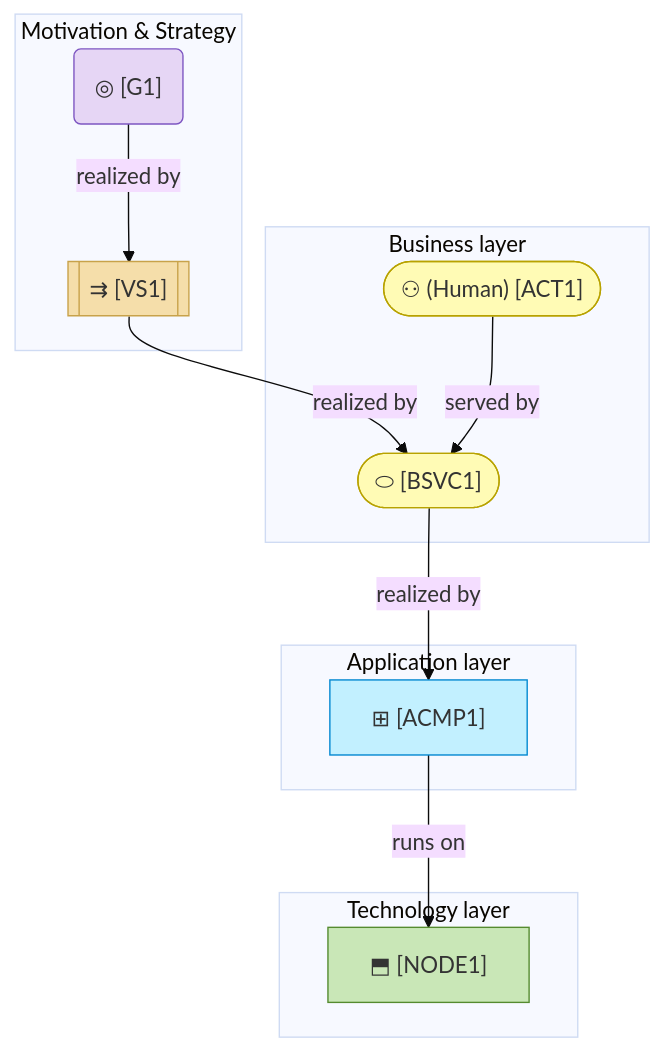
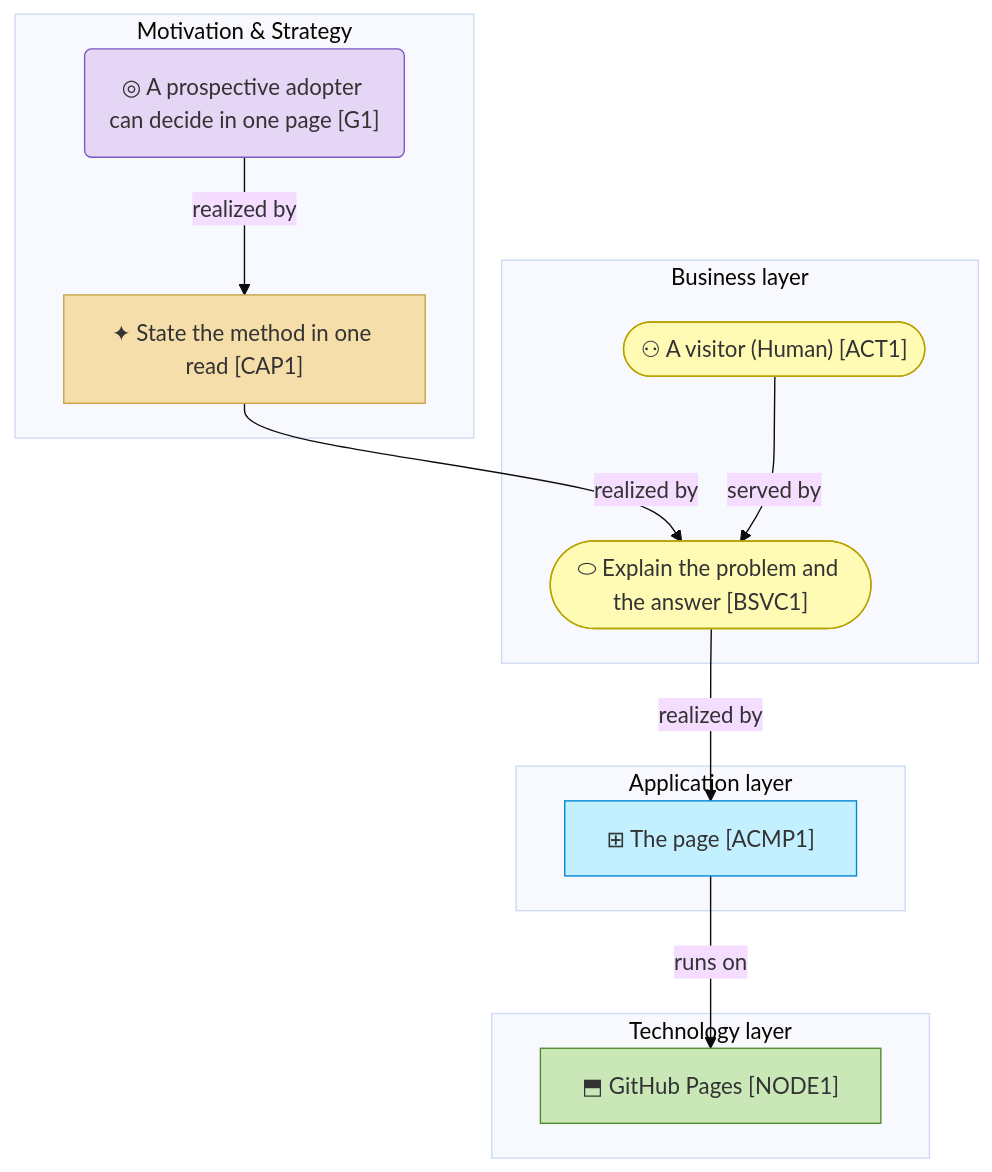
One commit to roanboc/architecture-archreator changed the diagram in product-archreator/site/architecture/README.md. Above: the diagram before and after it, drawn with Mermaid (base theme). The commit also changed other lines of this file and 27 other files, not shown here.

````diff
--- a/product-archreator/site/architecture/README.md
+++ b/product-archreator/site/architecture/README.md
@@ -244,32 +236,32 @@
 ```mermaid
 flowchart TB
   subgraph MOT["Motivation & Strategy"]
-    goal("◎ <Why this exists> [G1]"):::motivation
-    vs[["⇉ <Stage 1 → Stage 2 → …> [VS1]"]]:::strategy
+    goal("◎ A prospective adopter can decide in one page [G1]"):::motivation
+    cap["✦ State the method in one read [CAP1]"]:::strategy
   end
 
   subgraph BUS["Business layer"]
-    svc(["⬭ <What's offered> [BSVC1]"]):::business
-    actor(["⚇ <Who uses it> (Human) [ACT1]"]):::business
+    actor(["⚇ A visitor (Human) [ACT1]"]):::business
+    svc(["⬭ Explain the problem and the answer [BSVC1]"]):::business
   end
 
   subgraph APP["Application layer"]
-    app["⊞ <What realizes the service> [ACMP1]"]:::application
+    app["⊞ The page [ACMP1]"]:::application
   end
 
   subgraph TEC["Technology layer"]
-    tech["⬒ <What it runs on> [NODE1]"]:::technology
+    tech["⬒ GitHub Pages [NODE1]"]:::technology
   end
 
-  goal -->|realized by| vs
-  vs -->|realized by| svc
+  goal -->|realized by| cap
+  cap -->|realized by| svc
   actor -->|served by| svc
   svc -->|realized by| app
   app -->|runs on| tech
 
   classDef motivation fill:#e6d6f5,stroke:#7e57c2,color:#333
   classDef strategy fill:#f5deaa,stroke:#c8a24a,color:#333
   classDef business fill:#fffbb5,stroke:#b8a200,color:#333
   classDef application fill:#c2f0ff,stroke:#0288d1,color:#333
   classDef technology fill:#c9e7b7,stroke:#558b2f,color:#333
 ```
````
